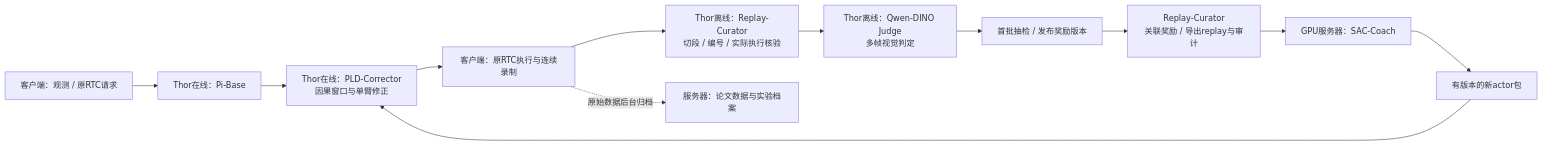
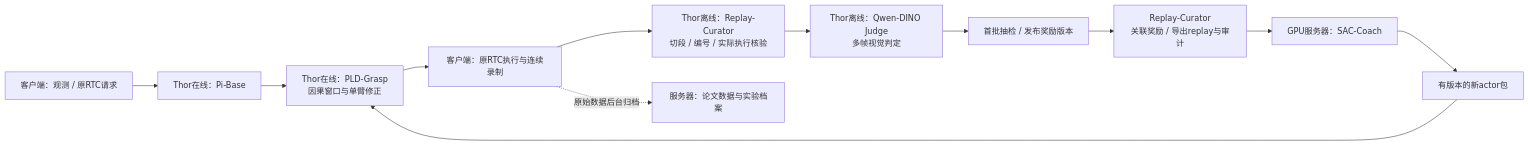
The diagram in docs/reports/rl/pld-sac-block-v2/README.md (robot1lyj/condapi), drawn with Mermaid before and after one commit. The commit also changed other lines of this file and 9 other files, not shown here.

````diff
--- a/docs/reports/rl/pld-sac-block-v2/README.md
+++ b/docs/reports/rl/pld-sac-block-v2/README.md
@@ -18,14 +20,14 @@
 ```mermaid
 flowchart LR
     C[客户端：观测 / 原RTC请求] --> P[Thor在线：Pi-Base]
-    P --> R[Thor在线：PLD-Corrector\n因果窗口与单臂修正]
+    P --> R[Thor在线：PLD-Grasp\n因果窗口与单臂修正]
     R --> X[客户端：原RTC执行与连续录制]
     X --> D[Thor离线：Replay-Curator\n切段 / 编号 / 实际执行核验]
     D --> J[Thor离线：Qwen-DINO Judge\n多帧视觉判定]
     J --> H[首批抽检 / 发布奖励版本]
     H --> B[Replay-Curator\n关联奖励 / 导出replay与审计]
     B --> S[GPU服务器：SAC-Coach]
     S --> A[有版本的新actor包]
     A --> R
     X -. 原始数据后台归档 .-> V[服务器：论文数据与实验档案]
 ```
````
